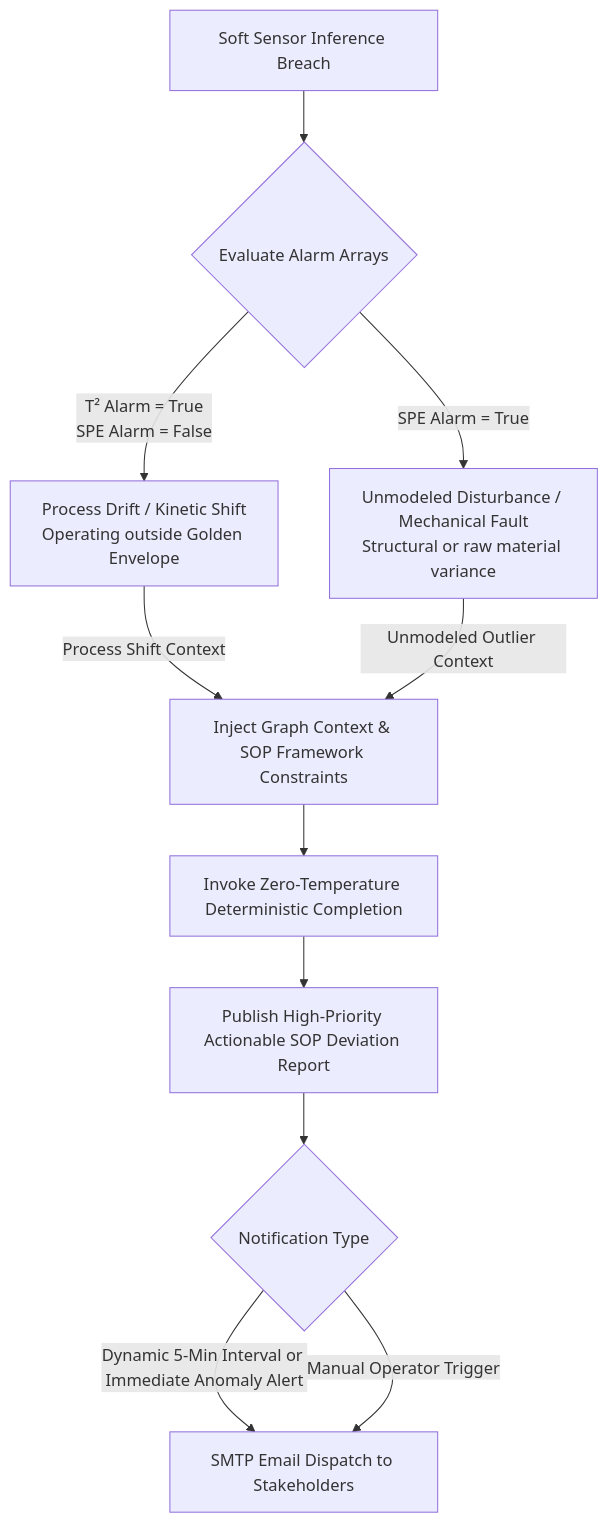
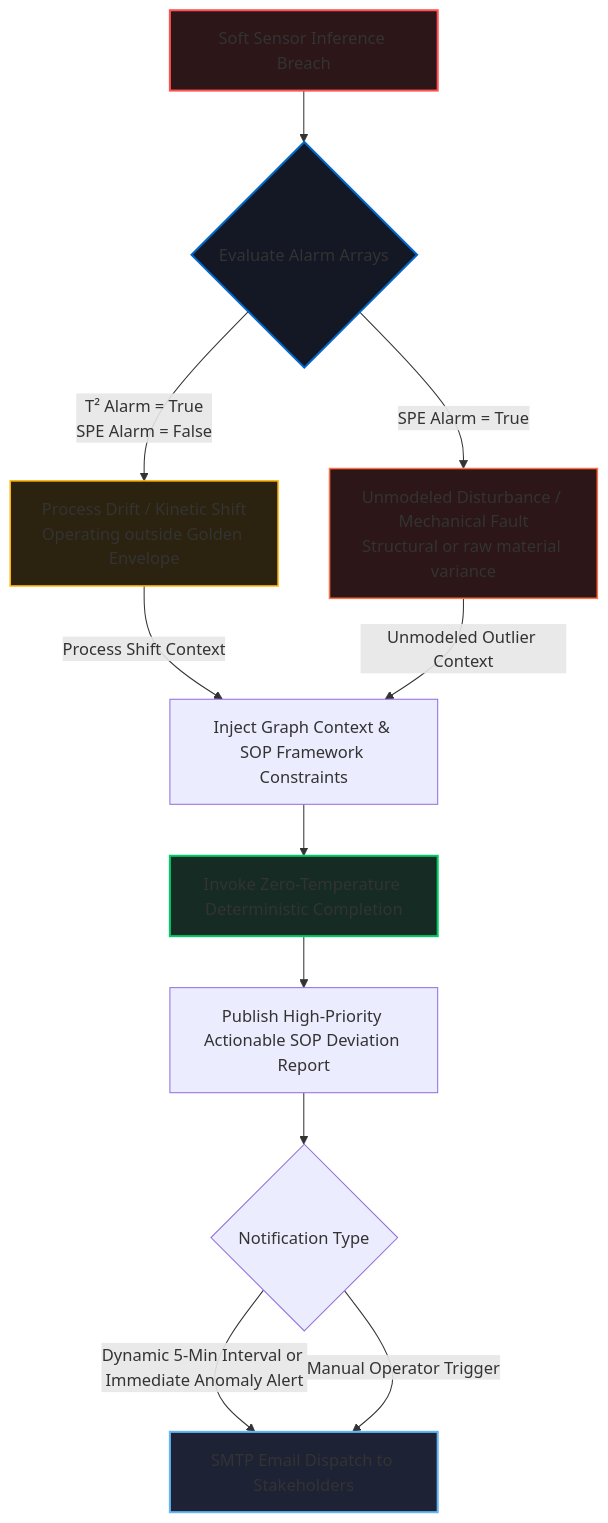
One commit to SRINIVASTA/bio-twin-mitt-core changed the second of 2 diagrams in README.md. Above: the diagram before and after it, drawn with Mermaid. The commit also changed other lines of this file, not shown here.

````diff
--- a/README.md
+++ b/README.md
@@ -54,16 +70,24 @@
 ```mermaid
-graph TD
+flowchart TD
     Start[Soft Sensor Inference Breach] --> Anomaly_Evaluation{Evaluate Alarm Arrays}
     
     Anomaly_Evaluation -->|T² Alarm = True <br> SPE Alarm = False| Shift[Process Drift / Kinetic Shift<br>Operating outside Golden Envelope]
     Anomaly_Evaluation -->|SPE Alarm = True| Outlier[Unmodeled Disturbance / Mechanical Fault<br>Structural or raw material variance]
     
     Shift -->|Process Shift Context| System_Prompt[Inject Graph Context & SOP Framework Constraints]
     Outlier -->|Unmodeled Outlier Context| System_Prompt
     
     System_Prompt --> Groq_Inference[Invoke Zero-Temperature Deterministic Completion]
     Groq_Inference --> Markdown_Report[Publish High-Priority Actionable SOP Deviation Report]
     Markdown_Report --> Notification_Gateway{Notification Type}
     Notification_Gateway -->|Dynamic 5-Min Interval or Immediate Anomaly Alert| Email[SMTP Email Dispatch to Stakeholders]
     Notification_Gateway -->|Manual Operator Trigger| Email
+
+    %% Matching Dark-Theme Node Styling
+    style Start fill:#2c1618,stroke:#ff5252,stroke-width:2px
+    style Anomaly_Evaluation fill:#141724,stroke:#0066CC,stroke-width:2px
+    style Shift fill:#2b2310,stroke:#ffb300,stroke-width:1.5px
+    style Outlier fill:#2c1618,stroke:#ff7043,stroke-width:1.5px
+    style Groq_Inference fill:#162b23,stroke:#00cc66,stroke-width:2px
+    style Email fill:#1e2235,stroke:#64b5f6,stroke-width:2px
 ```
````
